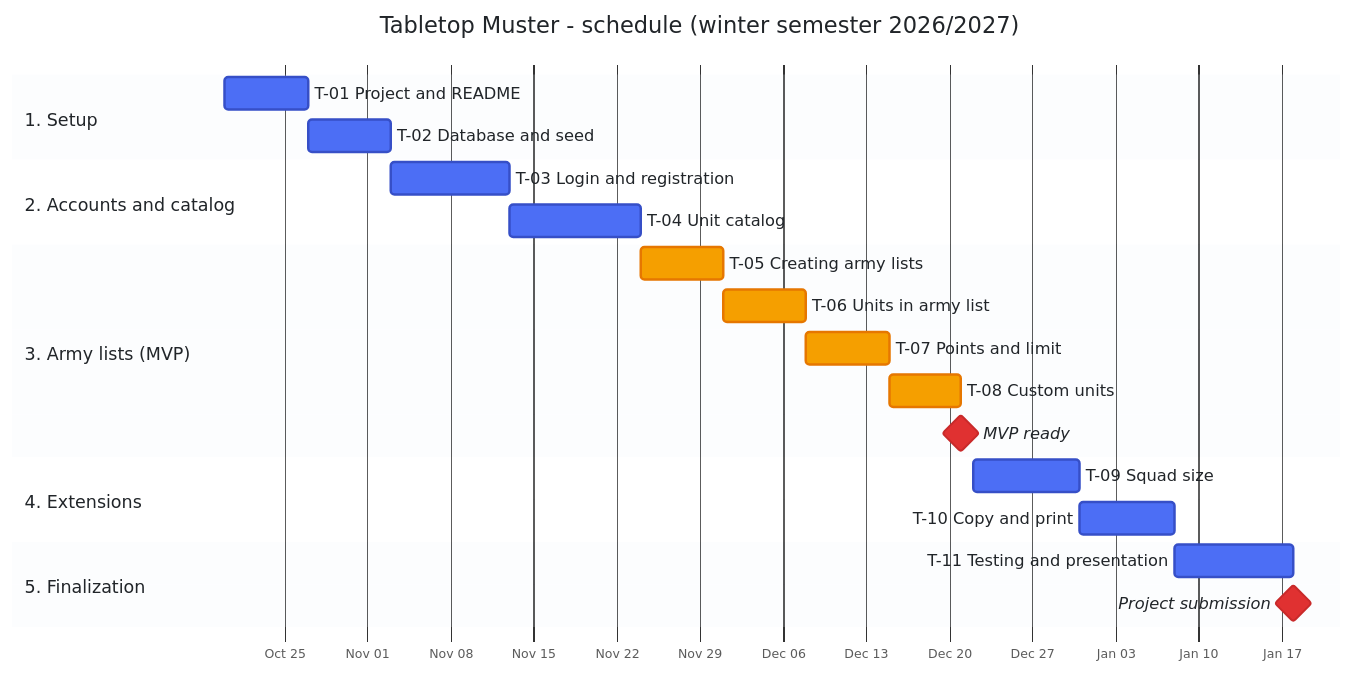
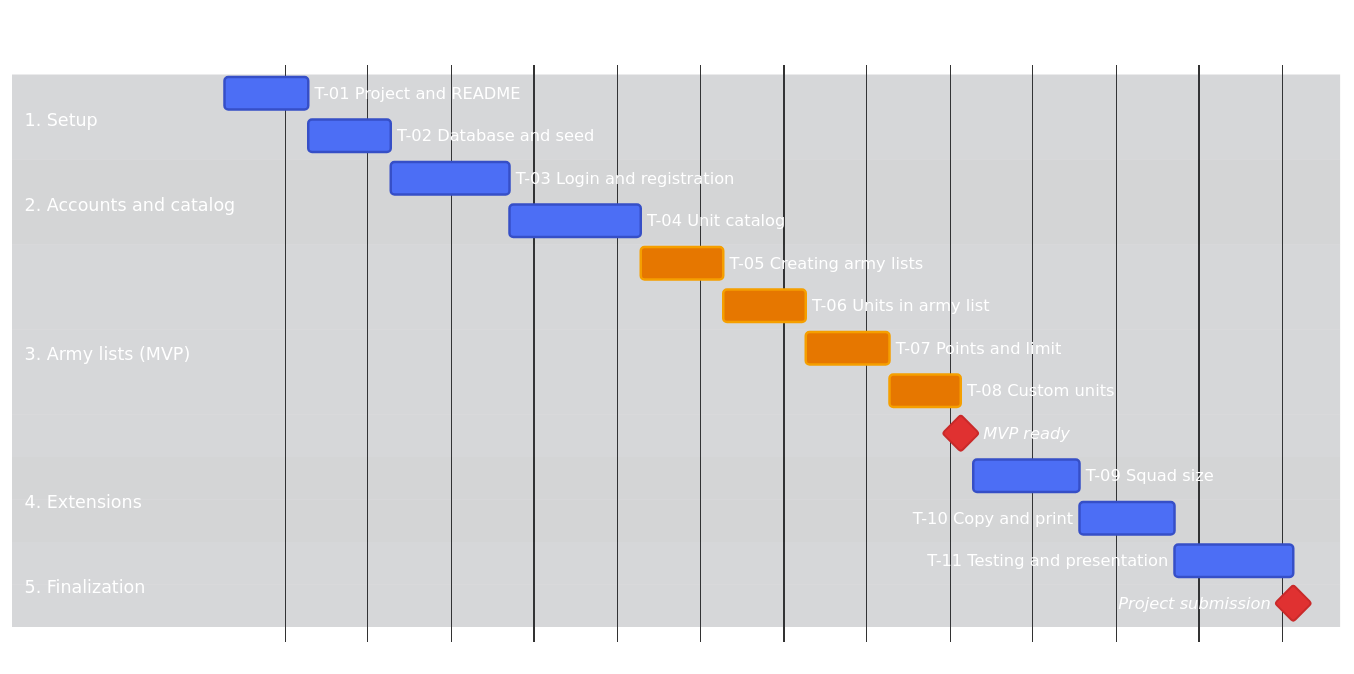
Before and after one commit to ProfGandalf/tabletop-muster: the diagram in docs/schedule.md, drawn with Mermaid.

Commit message:
Update theme variables in schedule.md to increase readability

````diff
--- a/docs/schedule.md
+++ b/docs/schedule.md
@@ -3,65 +3,66 @@
 ```mermaid
 %%{init: {
   "theme": "base",
   "themeCSS": ".grid .tick line { stroke: #dee2e6; } .grid path { stroke-width: 0; }",
-  "themeVariables": {
-    "fontFamily": "Segoe UI, Helvetica, Arial, sans-serif",
-    "fontSize": "14px",
-    "sectionBkgColor": "#eef2f7",
-    "altSectionBkgColor": "#ffffff",
-    "sectionBkgColor2": "#eef2f7",
-    "taskBkgColor": "#4c6ef5",
-    "taskBorderColor": "#364fc7",
-    "taskTextColor": "#ffffff",
-    "taskTextLightColor": "#ffffff",
-    "taskTextOutsideColor": "#212529",
-    "taskTextDarkColor": "#212529",
-    "activeTaskBkgColor": "#f59f00",
-    "activeTaskBorderColor": "#e67700",
-    "critBkgColor": "#e03131",
-    "critBorderColor": "#c92a2a",
-    "gridColor": "#ced4da",
-    "lineColor": "#ced4da",
-    "titleColor": "#212529"
-  },
+"themeVariables": {
+  "fontFamily": "Segoe UI, Helvetica, Arial, sans-serif",
+  "fontSize": "14px",
+  "sectionBkgColor": "#343a40",
+  "altSectionBkgColor": "#2b3035",
+  "sectionBkgColor2": "#343a40",
+  "taskBkgColor": "#4c6ef5",
+  "taskBorderColor": "#364fc7",
+  "taskTextColor": "#ffffff",
+  "taskTextLightColor": "#ffffff",
+  "taskTextOutsideColor": "#ffffff",
+  "taskTextDarkColor": "#ffffff",
+  "activeTaskBkgColor": "#e67700",
+  "activeTaskBorderColor": "#f59f00",
+  "critBkgColor": "#e03131",
+  "critBorderColor": "#c92a2a",
+  "gridColor": "#495057",
+  "lineColor": "#495057",
+  "titleColor": "#ffffff",
+  "textColor": "#ffffff"
+},
   "gantt": {
     "barHeight": 26,
     "barGap": 8,
     "topPadding": 60,
     "leftPadding": 170,
     "gridLineStartPadding": 40,
     "fontSize": 13,
     "sectionFontSize": 14,
     "numberSectionStyles": 2
   }
 }}%%
 gantt
     title Tabletop Muster - schedule (winter semester 2026/2027)
     dateFormat YYYY-MM-DD
     axisFormat %b %d
     tickInterval 1week
     todayMarker off
 
     section 1. Setup
     T-01 Project and README        :t01, 2026-10-20, 7d
     T-02 Database and seed         :t02, after t01, 7d
 
     section 2. Accounts and catalog
     T-03 Login and registration    :t03, after t02, 10d
     T-04 Unit catalog              :t04, after t03, 11d
 
     section 3. Army lists (MVP)
     T-05 Creating army lists       :active, t05, after t04, 7d
     T-06 Units in army list        :active, t06, after t05, 7d
     T-07 Points and limit          :active, t07, after t06, 7d
     T-08 Custom units              :active, t08, after t07, 6d
     MVP ready                      :milestone, crit, mvp, 2026-12-21, 0d
 
     section 4. Extensions
     T-09 Squad size                :t09, 2026-12-22, 9d
     T-10 Copy and print            :t10, after t09, 8d
 
     section 5. Finalization
     T-11 Testing and presentation  :t11, after t10, 10d
     Project submission             :milestone, crit, end, 2027-01-18, 0d
 ```
````
